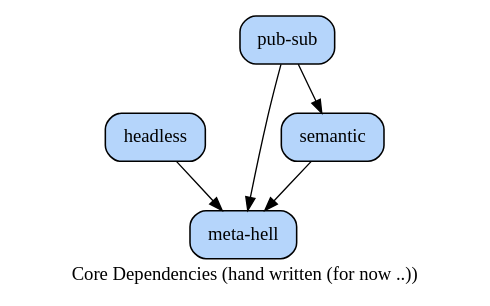
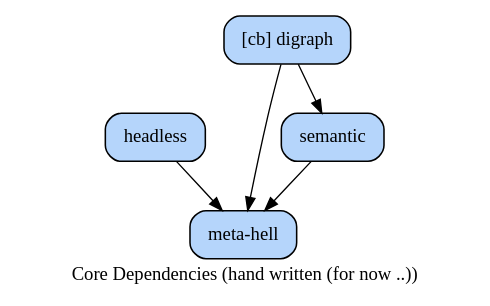
The diagram in doc/core-dep.dot (hipe/tmx), drawn with Graphviz before and after one commit. The commit also changed 156 other files, not shown here.

```diff
--- a/doc/core-dep.dot
+++ b/doc/core-dep.dot
@@ -1,31 +1,31 @@
 # created by tan-man on 2013-02-07 02:15:19 UTC
 
 digraph {
 
 /*
   example stmt_list:
     foo -> bar
     biff -> baz
 
   example node_stmt:
     learn_c [label="learn C somehow"]
 */
 
 
 #                 blue : fillcolor="#b5d5fb"
 #                green : fillcolor="#79f233"
 
 node [label="\N", style="filled", fillcolor="#b5d5fb", fontname="Futura", penwidth="1.1566", shape="Mrecord"]
 
 label="Core Dependencies (hand written (for now ..))"
 
 
 headless [label=headless]
 meta [label="meta-hell"]
-pub [label="pub-sub"]
+pub [label="[cb] digraph"]
 semantic [label=semantic]
 headless -> meta
 pub -> meta
 pub -> semantic
 semantic -> meta
 }
```
